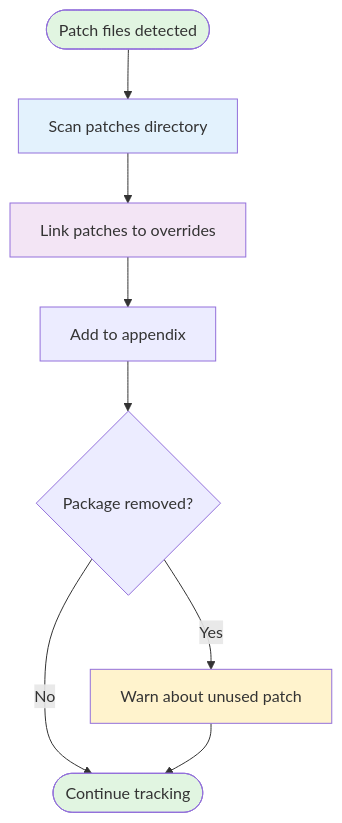
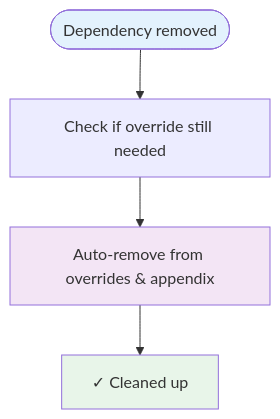
One commit to yowainwright/pastoralist changed the fifth of 6 diagrams in README.md. Above: the diagram before and after it, drawn with Mermaid. The commit also changed other lines of this file and 10 other files, not shown here.

````diff
--- a/README.md
+++ b/README.md
@@ -256,16 +251,10 @@
 ```mermaid
 flowchart TD
-    Start([Patch files detected]) --> Scan[Scan patches directory]
-    Scan --> Link[Link patches to overrides]
-    Link --> Track[Add to appendix]
-    Track --> Monitor{Package removed?}
-    Monitor -->|Yes| Warn[Warn about unused patch]
-    Monitor -->|No| End([Continue tracking])
-    Warn --> End
+    Start([Dependency removed]) --> Check[Check if override still needed]
+    Check --> Remove[Auto-remove from overrides & appendix]
+    Remove --> Done[✓ Cleaned up]
 
-    style Start fill:#e1f5e1
-    style End fill:#e1f5e1
-    style Scan fill:#e3f2fd
-    style Link fill:#f3e5f5
-    style Warn fill:#fff3cd
+    style Start fill:#e3f2fd
+    style Remove fill:#f3e5f5
+    style Done fill:#e8f5e9
 ```
````
